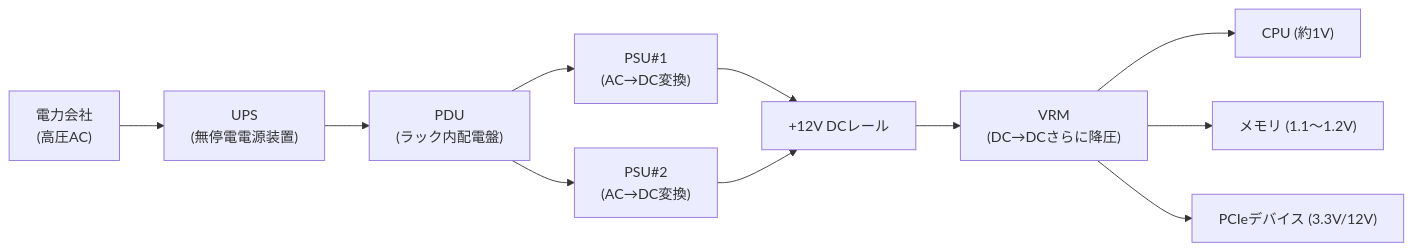
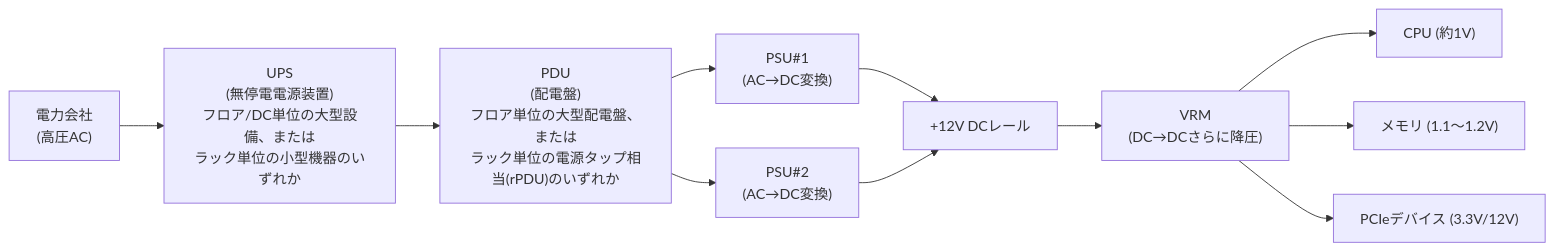
Before and after one commit to koikoi1998/koikoi-blog-20260723: the first of 3 diagrams in src/content/articles/idrac-power-guide.md, drawn with Mermaid. The commit also changed other lines of this file and 1 other file, not shown here.

````diff
--- a/src/content/articles/idrac-power-guide.md
+++ b/src/content/articles/idrac-power-guide.md
@@ -37,13 +37,13 @@
 ```mermaid
 graph LR
-    Utility["電力会社<br/>(高圧AC)"] --> UPS["UPS<br/>(無停電電源装置)"]
-    UPS --> PDU["PDU<br/>(ラック内配電盤)"]
+    Utility["電力会社<br/>(高圧AC)"] --> UPS["UPS<br/>(無停電電源装置)<br/>フロア/DC単位の大型設備、または<br/>ラック単位の小型機器のいずれか"]
+    UPS --> PDU["PDU<br/>(配電盤)<br/>フロア単位の大型配電盤、または<br/>ラック単位の電源タップ相当(rPDU)のいずれか"]
     PDU --> PSU1["PSU#1<br/>(AC→DC変換)"]
     PDU --> PSU2["PSU#2<br/>(AC→DC変換)"]
     PSU1 --> Rail["+12V DCレール"]
     PSU2 --> Rail
     Rail --> VRM["VRM<br/>(DC→DCさらに降圧)"]
     VRM --> CPU["CPU (約1V)"]
     VRM --> DIMM["メモリ (1.1〜1.2V)"]
     VRM --> PCIe["PCIeデバイス (3.3V/12V)"]
 ```
````
